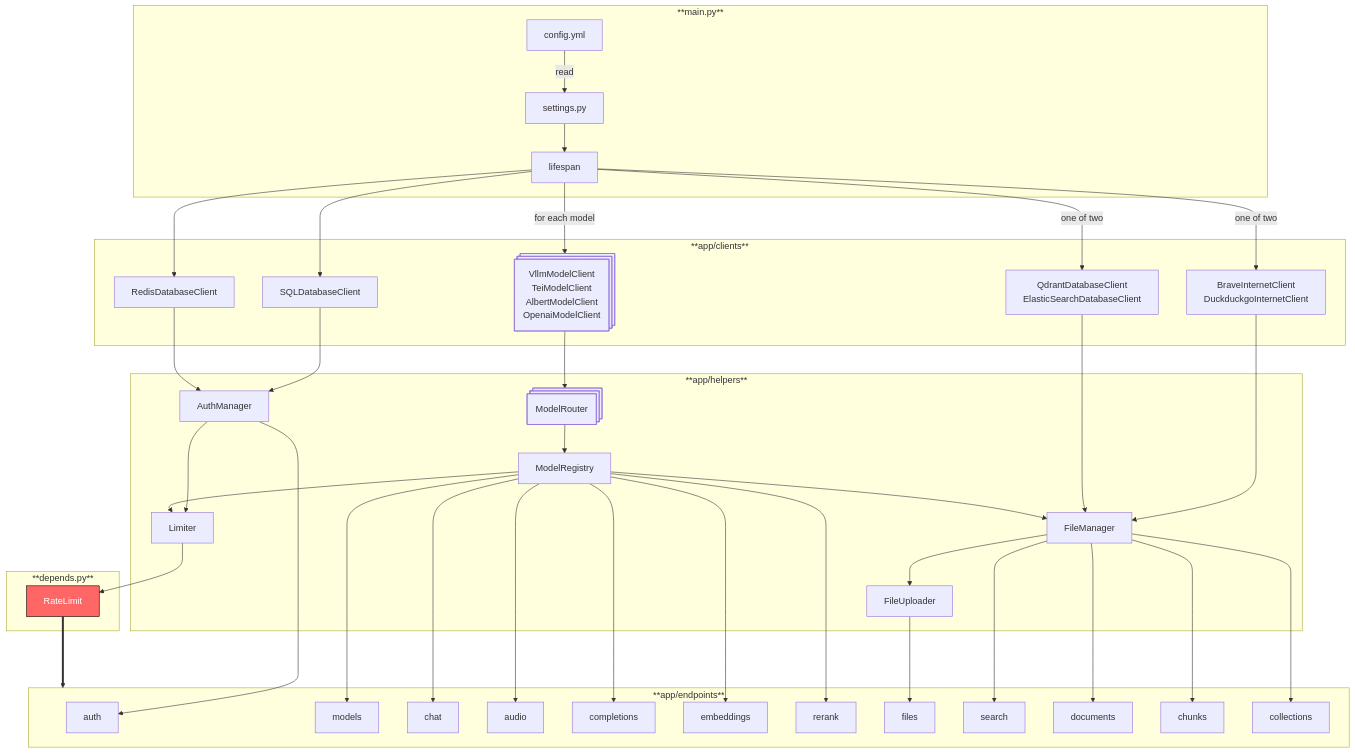
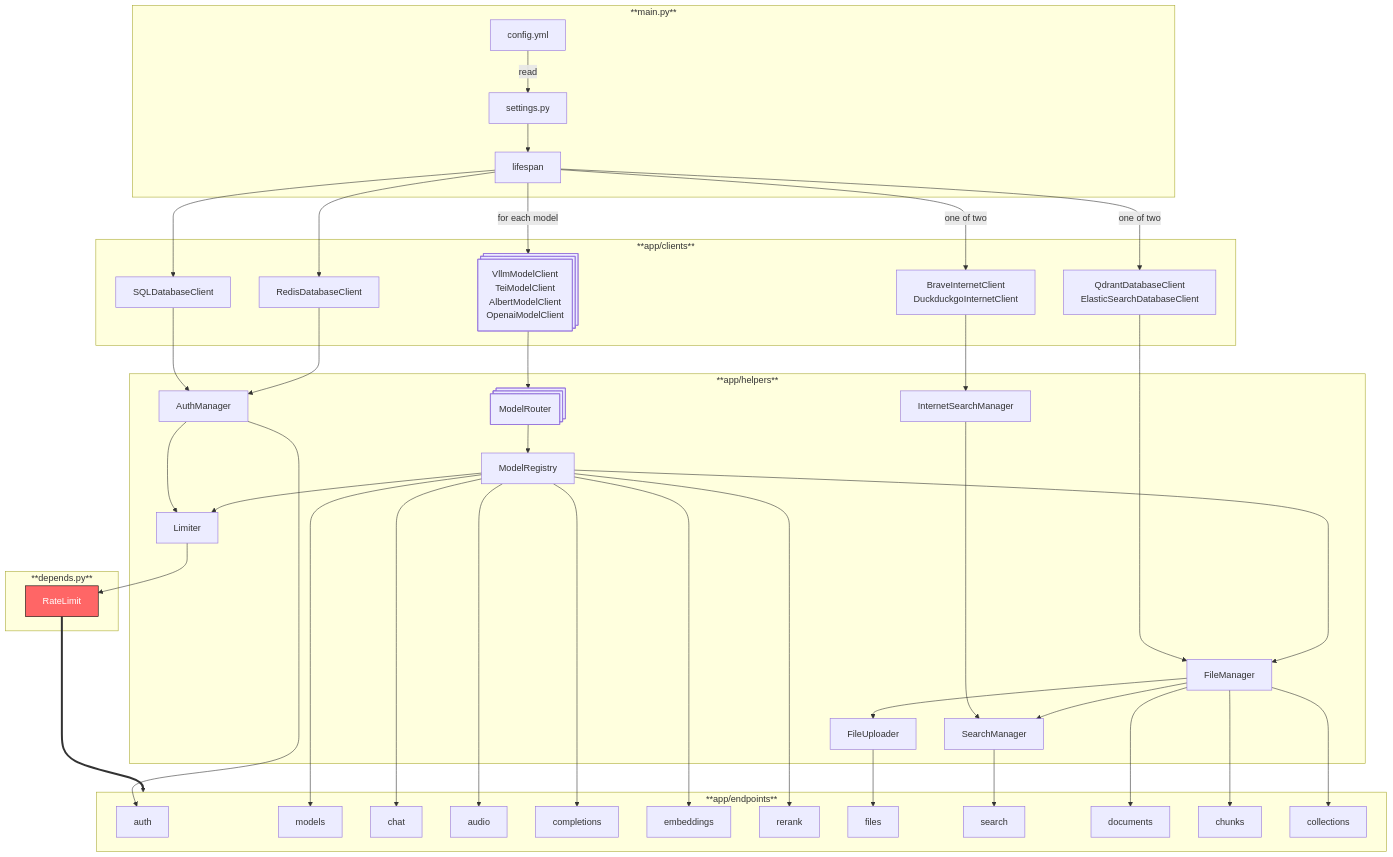
Before and after one commit to etalab-ia/albert-api: the diagram in docs/architecture.md, drawn with Mermaid. The commit also changed 17 other files, not shown here.

````diff
--- a/docs/architecture.md
+++ b/docs/architecture.md
@@ -3,54 +3,56 @@
 ```mermaid  
 flowchart TD
     subgraph **main.py**
     config[config.yml] -->|read| settings[settings.py]
     settings --> lifespan[lifespan]
     end
+
     subgraph **app/clients**
     lifespan --> redisclient[RedisDatabaseClient]
     lifespan --> sqlclient[SQLDatabaseClient]
+    lifespan -->|one of two| searchclient[QdrantDatabaseClient<br>ElasticSearchDatabaseClient]
     lifespan -->|one of two| internetclient[BraveInternetClient<br>DuckduckgoInternetClient]
-    lifespan -->|one of two| searchclient[QdrantDatabaseClient<br>ElasticSearchDatabaseClient]
-lifespan -->|for each model| modelclient@{ shape: processes, label: "VllmModelClient<br>TeiModelClient<br>AlbertModelClient<br>OpenaiModelClient" }
+    lifespan -->|for each model| modelclient@{ shape: processes, label: "VllmModelClient<br>TeiModelClient<br>AlbertModelClient<br>OpenaiModelClient" }
     end
     
     subgraph **app/helpers**
+    internetclient --> internetsearchmanager[InternetSearchManager]
+    internetsearchmanager --> searchmanager[SearchManager]
+    authmanager --> limiter[Limiter]
     modelclient --> modelrouter@{ shape: processes, label: "ModelRouter" }
     modelrouter --> modelregistry[ModelRegistry]
     sqlclient --> authmanager[AuthManager]
     redisclient --> authmanager
-    internetclient --> filemanager[FileManager]
+ 
+    searchclient --> filemanager[FileManager]
+    filemanager --> fileuploader[FileUploader]
+    filemanager --> searchmanager
 
-    authmanager --> limiter[Limiter]
-    
-    searchclient --> filemanager
-    filemanager --> fileuploader[FileUploader]
     modelregistry --> limiter
-    modelregistry --> filemanager
+    modelregistry ----> filemanager
     end
 
     subgraph **app/endpoints**
     authmanager --> authendpoints[auth]
 
     modelregistry --> modelsendpoints[models]
     modelregistry --> chatendpoints[chat]
     modelregistry --> audioendpoints[audio]
     modelregistry --> completionsendpoint[completions]
     modelregistry --> embeddingsendpoints[embeddings]
     modelregistry --> rerankendpoints[rerank]
 
     fileuploader --> filesendpoints[files]
-    filemanager --> searchendpoints[search]
+    searchmanager --> searchendpoints[search]
     filemanager --> documentsendpoints[documents]
     filemanager --> chunksendpoints[chunks]
     filemanager --> collectionsendpoints[collections]
-
     end
 
     subgraph **depends.py**
     style ratelimit fill:#f66,stroke:#000,stroke-width:1px,color:#fff
     limiter --> ratelimit[RateLimit]
     end
 
     ratelimit ===> **app/endpoints**
 ```
````
